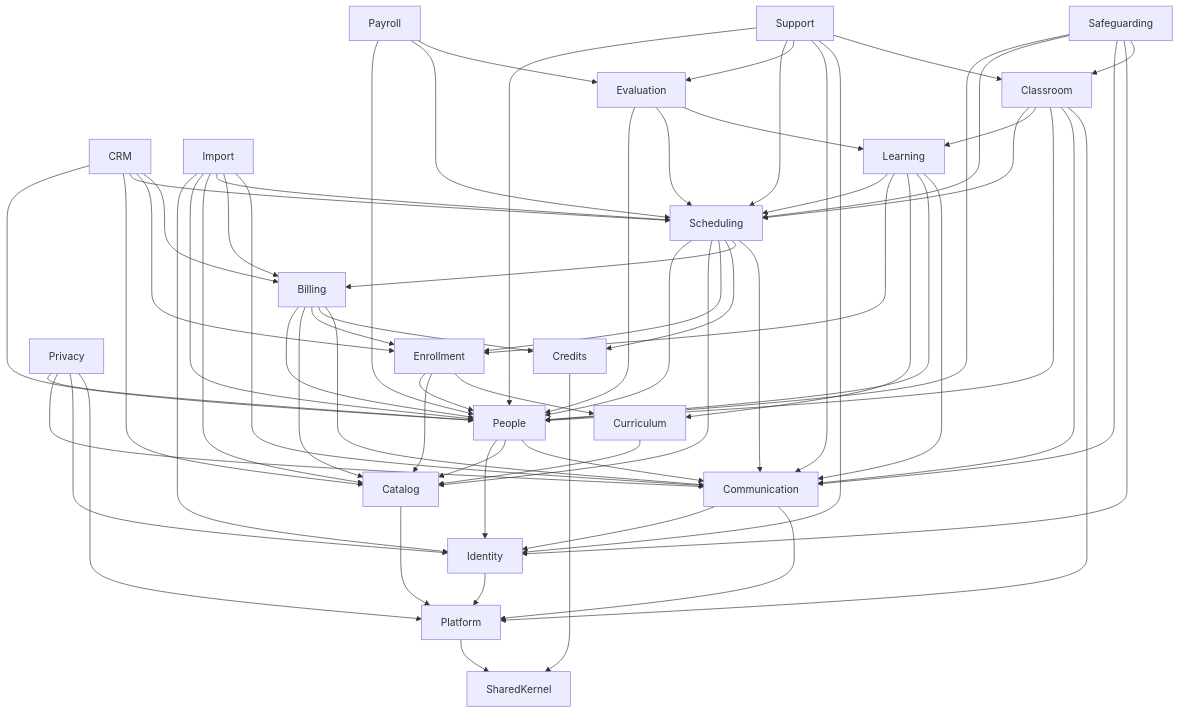
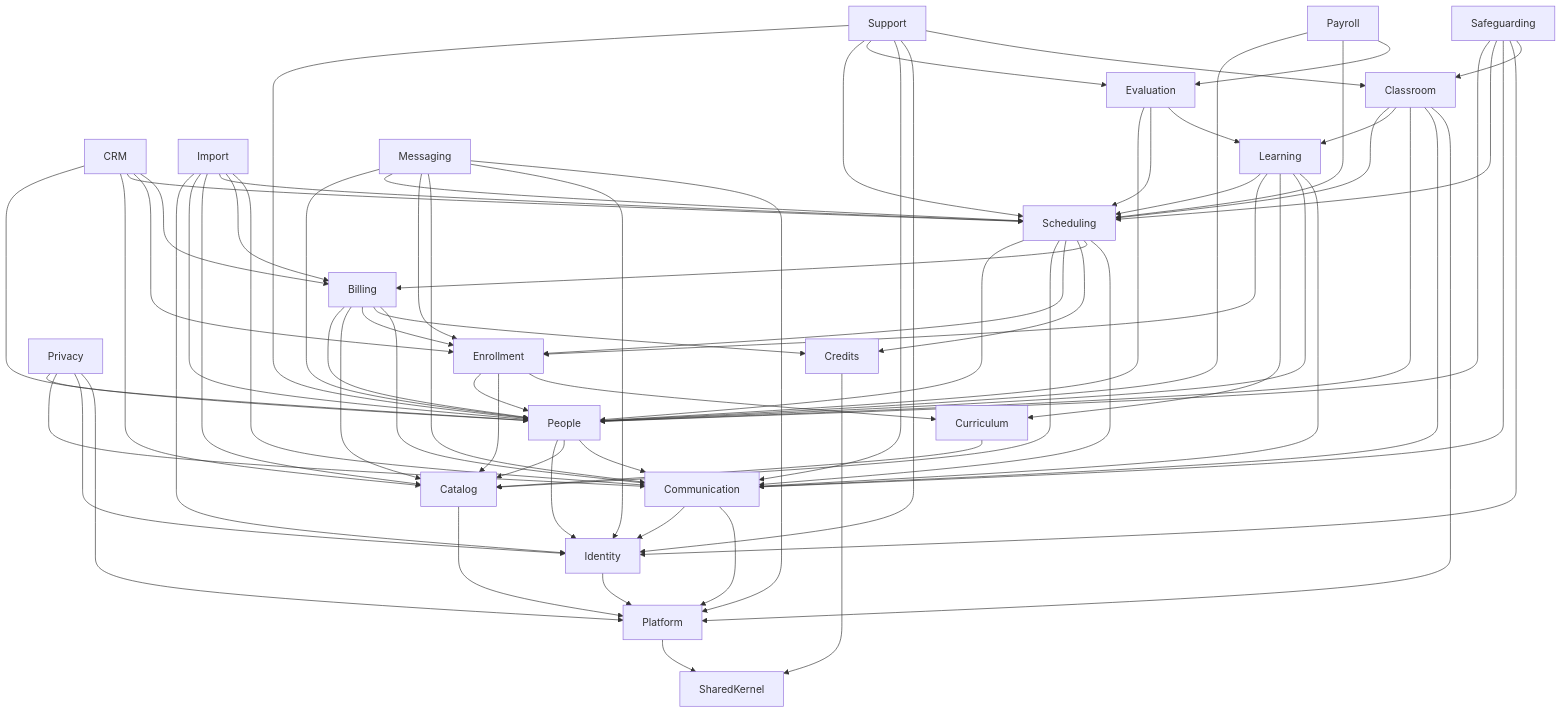
The diagram in docs/architecture/04-design-patterns.md (Mahmoud-Elgonidi/academy-lms), drawn with Mermaid before and after one commit. The commit also changed other lines of this file and 105 other files, not shown here.

````diff
--- a/docs/architecture/04-design-patterns.md
+++ b/docs/architecture/04-design-patterns.md
@@ -51,22 +52,23 @@
 ```mermaid
 flowchart TD
     CRM --> People & Catalog & Scheduling & Enrollment & Billing
     Import --> Identity & People & Catalog & Scheduling & Billing & Communication
     Payroll --> People & Scheduling & Evaluation
     Evaluation --> People & Scheduling & Learning
     Support --> People & Scheduling & Evaluation & Communication & Identity & Classroom
     Privacy --> People & Communication & Identity & Platform
     Safeguarding --> People & Scheduling & Communication & Identity & Classroom
+    Messaging --> People & Scheduling & Enrollment & Communication & Identity & Platform
     Learning --> Scheduling & Enrollment & Curriculum & People & Communication
     Billing --> People & Catalog & Enrollment & Credits & Communication
     Classroom --> Scheduling & Learning & People & Communication & Platform
     Scheduling --> People & Catalog & Enrollment & Credits & Billing & Communication
     Enrollment --> People & Catalog & Curriculum
     Curriculum --> Catalog
     People --> Identity & Catalog & Communication
     Communication --> Identity & Platform
     Identity --> Platform
     Catalog --> Platform
     Credits --> SharedKernel
     Platform --> SharedKernel
 ```
````
